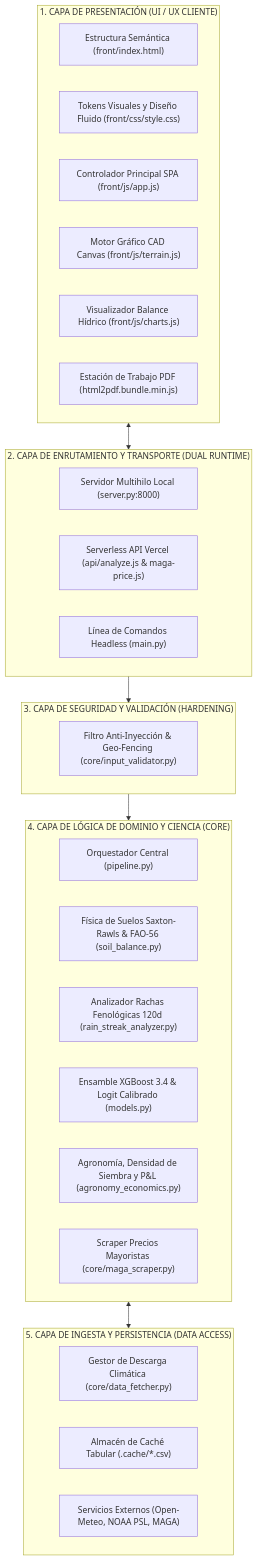
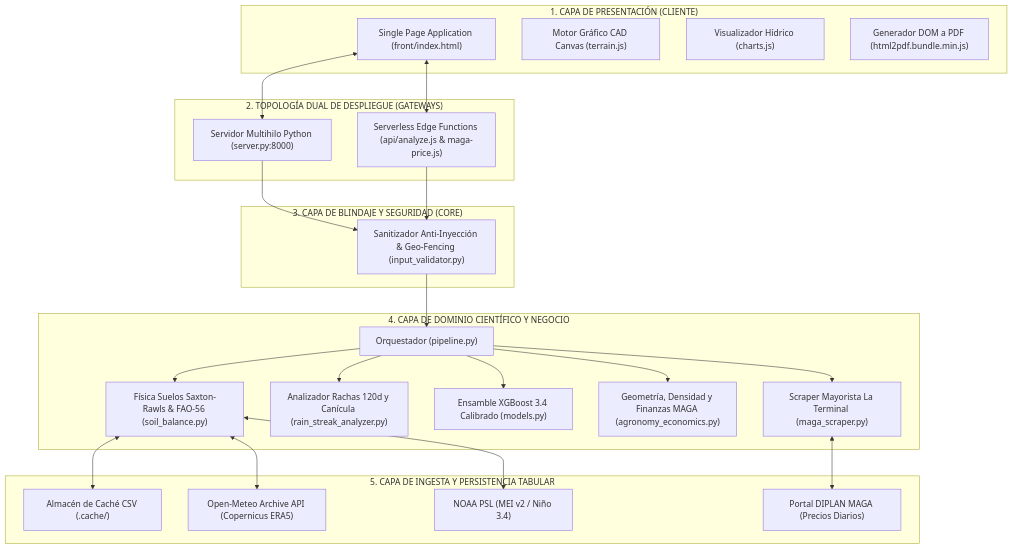
One commit to GimenaMP/analizador changed the second of 8 diagrams in ARQUITECTURA_Y_DISENO_SISTEMA.md. Above: the diagram before and after it, drawn with Mermaid. The commit also changed other lines of this file, not shown here.

Commit message:
docs: compilar seccion 1 de Instrumentos Utilizados y Diseno del Sistema con estructura formal 1.1 a 1.12

````diff
--- a/ARQUITECTURA_Y_DISENO_SISTEMA.md
+++ b/ARQUITECTURA_Y_DISENO_SISTEMA.md
@@ -148,41 +140,49 @@
 ```mermaid
 flowchart TB
-    subgraph Capa1["1. CAPA DE PRESENTACIÓN (UI / UX CLIENTE)"]
-        HTML["Estructura Semántica (front/index.html)"]
-        CSS["Tokens Visuales y Diseño Fluido (front/css/style.css)"]
-        JS_App["Controlador Principal SPA (front/js/app.js)"]
-        JS_CAD["Motor Gráfico CAD Canvas (front/js/terrain.js)"]
-        JS_Chart["Visualizador Balance Hídrico (front/js/charts.js)"]
-        JS_PDF["Estación de Trabajo PDF (html2pdf.bundle.min.js)"]
+    subgraph Cliente["1. CAPA DE PRESENTACIÓN (CLIENTE)"]
+        SPA["Single Page Application (front/index.html)"]
+        CAD["Motor Gráfico CAD Canvas (terrain.js)"]
+        Charts["Visualizador Hídrico (charts.js)"]
+        PDF["Generador DOM a PDF (html2pdf.bundle.min.js)"]
     end
 
-    subgraph Capa2["2. CAPA DE ENRUTAMIENTO Y TRANSPORTE (DUAL RUNTIME)"]
-        ServerPy["Servidor Multihilo Local (server.py:8000)"]
-        VercelNode["Serverless API Vercel (api/analyze.js & maga-price.js)"]
-        CLI["Línea de Comandos Headless (main.py)"]
+    subgraph Runtime["2. TOPOLOGÍA DUAL DE DESPLIEGUE (GATEWAYS)"]
+        Local["Servidor Multihilo Python (server.py:8000)"]
+        Cloud["Serverless Edge Functions (api/analyze.js & maga-price.js)"]
     end
 
-    subgraph Capa3["3. CAPA DE SEGURIDAD Y VALIDACIÓN (HARDENING)"]
-        Val["Filtro Anti-Inyección & Geo-Fencing (core/input_validator.py)"]
+    subgraph Security["3. CAPA DE BLINDAJE Y SEGURIDAD (CORE)"]
+        Sanitizer["Sanitizador Anti-Inyección & Geo-Fencing (input_validator.py)"]
     end
 
-    subgraph Capa4["4. CAPA DE LÓGICA DE DOMINIO Y CIENCIA (CORE)"]
-        Orq["Orquestador Central (pipeline.py)"]
-        Soil["Física de Suelos Saxton-Rawls & FAO-56 (soil_balance.py)"]
-        Streak["Analizador Rachas Fenológicas 120d (rain_streak_analyzer.py)"]
-        ML["Ensamble XGBoost 3.4 & Logit Calibrado (models.py)"]
-        Econ["Agronomía, Densidad de Siembra y P&L (agronomy_economics.py)"]
-        Scraper["Scraper Precios Mayoristas (core/maga_scraper.py)"]
+    subgraph Domain["4. CAPA DE DOMINIO CIENTÍFICO Y NEGOCIO"]
+        Pipeline["Orquestador (pipeline.py)"]
+        SoilMod["Física Suelos Saxton-Rawls & FAO-56 (soil_balance.py)"]
+        StreakMod["Analizador Rachas 120d y Canícula (rain_streak_analyzer.py)"]
+        MLMod["Ensamble XGBoost 3.4 Calibrado (models.py)"]
+        EconMod["Geometría, Densidad y Finanzas MAGA (agronomy_economics.py)"]
+        ScraperMod["Scraper Mayorista La Terminal (maga_scraper.py)"]
     end
 
-    subgraph Capa5["5. CAPA DE INGESTA Y PERSISTENCIA (DATA ACCESS)"]
-        Fetcher["Gestor de Descarga Climática (core/data_fetcher.py)"]
-        DiskCache["Almacén de Caché Tabular (.cache/*.csv)"]
-        ExtAPIs["Servicios Externos (Open-Meteo, NOAA PSL, MAGA)"]
+    subgraph Data["5. CAPA DE INGESTA Y PERSISTENCIA TABULAR"]
+        DiskCache["Almacén de Caché CSV (.cache/)"]
+        RemoteERA5["Open-Meteo Archive API (Copernicus ERA5)"]
+        RemoteNOAA["NOAA PSL (MEI v2 / Niño 3.4)"]
+        RemoteMAGA["Portal DIPLAN MAGA (Precios Diarios)"]
     end
 
-    Capa1 <--> Capa2
-    Capa2 --> Capa3
-    Capa3 --> Capa4
-    Capa4 <--> Capa5
+    SPA <--> Local
+    SPA <--> Cloud
+    Local --> Sanitizer
+    Cloud --> Sanitizer
+    Sanitizer --> Pipeline
+    Pipeline --> SoilMod
+    Pipeline --> StreakMod
+    Pipeline --> MLMod
+    Pipeline --> EconMod
+    Pipeline --> ScraperMod
+    SoilMod <--> DiskCache
+    SoilMod <--> RemoteERA5
+    SoilMod <--> RemoteNOAA
+    ScraperMod <--> RemoteMAGA
 ```
````
